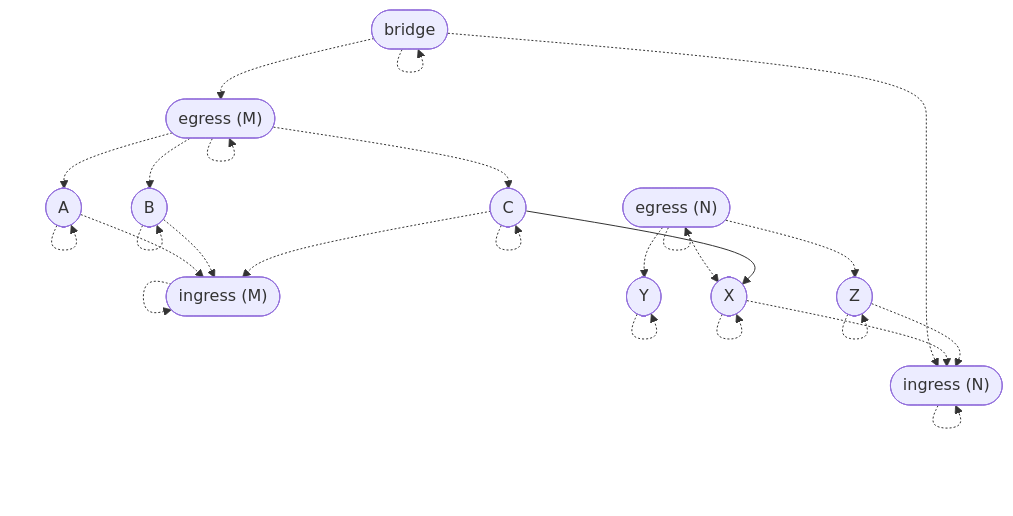
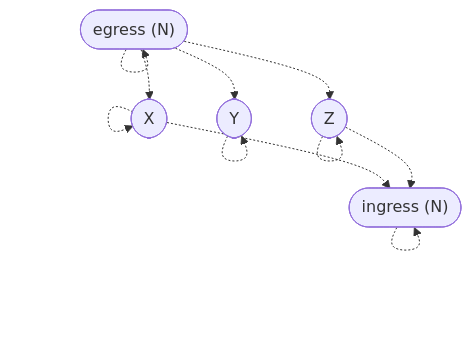
Diagram 13 of 13 in proofs/AdmissibilityGraph/README.md (stepchowfun/proofs), drawn with Mermaid before and after one commit. The commit also changed other lines of this file, not shown here.

Commit message:
Simplify a diagram

````diff
--- a/proofs/AdmissibilityGraph/README.md
+++ b/proofs/AdmissibilityGraph/README.md
@@ -394,41 +394,20 @@
 ```mermaid
 flowchart TD
-  bridge([bridge])
-  me(["egress (M)"])
-  a([A])
-  b([B])
-  c([C])
-  mi(["ingress (M)"])
   ne(["egress (N)"])
   x([X])
   y([Y])
   z([Z])
   ni(["ingress (N)"])
 
-  bridge -.-> bridge
-  me -.-> me
-  a -.-> a
-  b -.-> b
-  c -.-> c
-  mi -.-> mi
   ne -.-> ne
   x -.-> x
   y -.-> y
   z -.-> z
   ni -.-> ni
 
-  bridge -.-> me
-  me -.-> a
-  me -.-> b
-  me -.-> c
-  a -.-> mi
-  b -.-> mi
-  c -.-> mi
-  bridge -.-> ni
   ne -.-> x
   ne -.-> y
   ne -.-> z
   x -.-> ni
   z -.-> ni
-  c --> x
 ```
````
